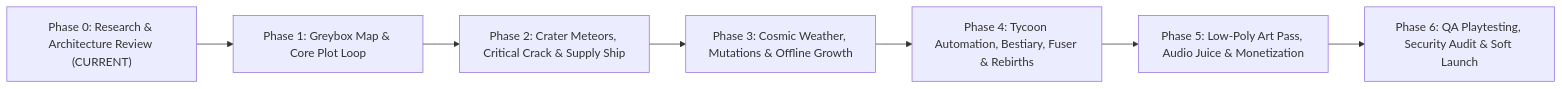
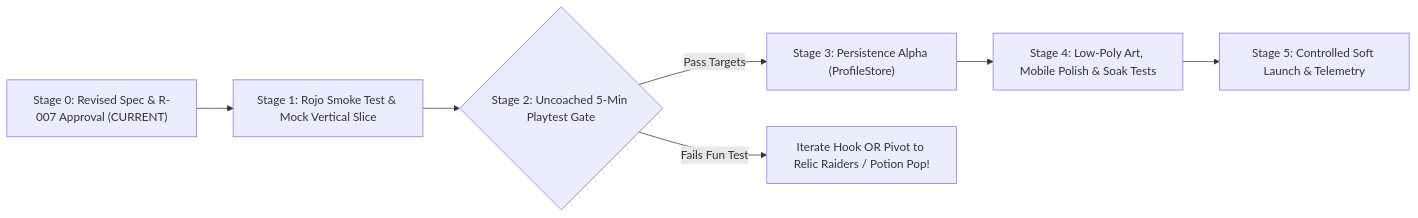
The diagram in docs/DEVELOPMENT_ROADMAP.md (jtchu22-debug/roblox-game-project), drawn with Mermaid before and after one commit. The commit also changed other lines of this file and 10 other files, not shown here.

Commit message:
Phase 0 (T-012): Integrate ChatGPT audit revisions R-001 through R-006 ahead of R-007 sign-off

````diff
--- a/docs/DEVELOPMENT_ROADMAP.md
+++ b/docs/DEVELOPMENT_ROADMAP.md
@@ -27,9 +24,9 @@
 ```mermaid
 flowchart LR
-    P0["Phase 0: Research & Architecture Review (CURRENT)"] --> P1["Phase 1: Greybox Map & Core Plot Loop"]
-    P1 --> P2["Phase 2: Crater Meteors, Critical Crack & Supply Ship"]
-    P2 --> P3["Phase 3: Cosmic Weather, Mutations & Offline Growth"]
-    P3 --> P4["Phase 4: Tycoon Automation, Bestiary, Fuser & Rebirths"]
-    P4 --> P5["Phase 5: Low-Poly Art Pass, Audio Juice & Monetization"]
-    P5 --> P6["Phase 6: QA Playtesting, Security Audit & Soft Launch"]
+    S0["Stage 0: Revised Spec & R-007 Approval (CURRENT)"] --> S1["Stage 1: Rojo Smoke Test & Mock Vertical Slice"]
+    S1 --> S2{"Stage 2: Uncoached 5-Min Playtest Gate"}
+    S2 -->|"Pass Targets"| S3["Stage 3: Persistence Alpha (ProfileStore)"]
+    S2 -->|"Fails Fun Test"| PIVOT["Iterate Hook OR Pivot to Relic Raiders / Potion Pop!"]
+    S3 --> S4["Stage 4: Low-Poly Art, Mobile Polish & Soak Tests"]
+    S4 --> S5["Stage 5: Controlled Soft Launch & Telemetry"]
 ```
````
